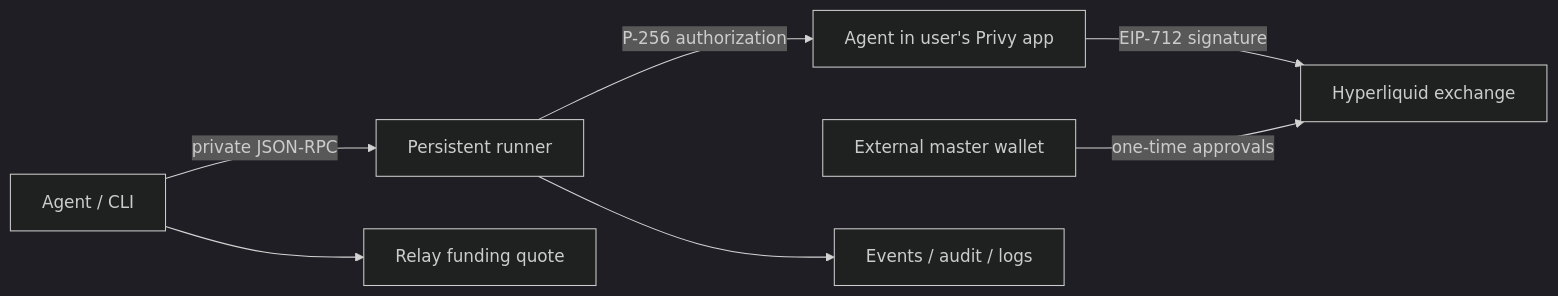
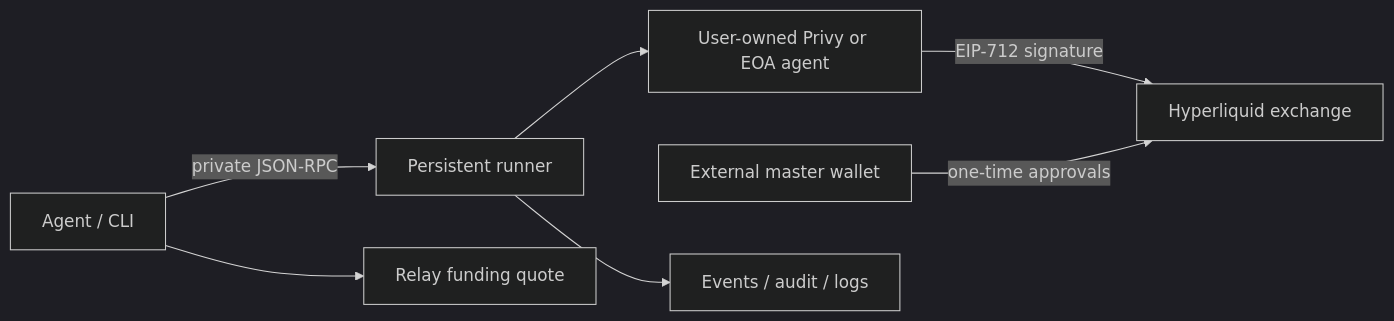
The diagram in README.md (bloxwap/agent-cli), drawn with Mermaid (dark theme) before and after one commit. The commit also changed other lines of this file and 56 other files, not shown here.

First line of the commit message:
feat: user-owned EOA signer, zero default builder fee and BLOXWAP referral

````diff
--- a/README.md
+++ b/README.md
@@ -72,9 +77,9 @@
 ```mermaid
 flowchart LR
   Agent[Agent / CLI] -->|private JSON-RPC| Runner[Persistent runner]
-  Runner -->|P-256 authorization| Privy[Agent in user's Privy app]
-  Privy -->|EIP-712 signature| HL[Hyperliquid exchange]
+  Runner --> Signer[User-owned Privy or EOA agent]
+  Signer -->|EIP-712 signature| HL[Hyperliquid exchange]
   Agent --> Relay[Relay funding quote]
   Master[External master wallet] -->|one-time approvals| HL
   Runner --> Journal[Events / audit / logs]
 ```
````
